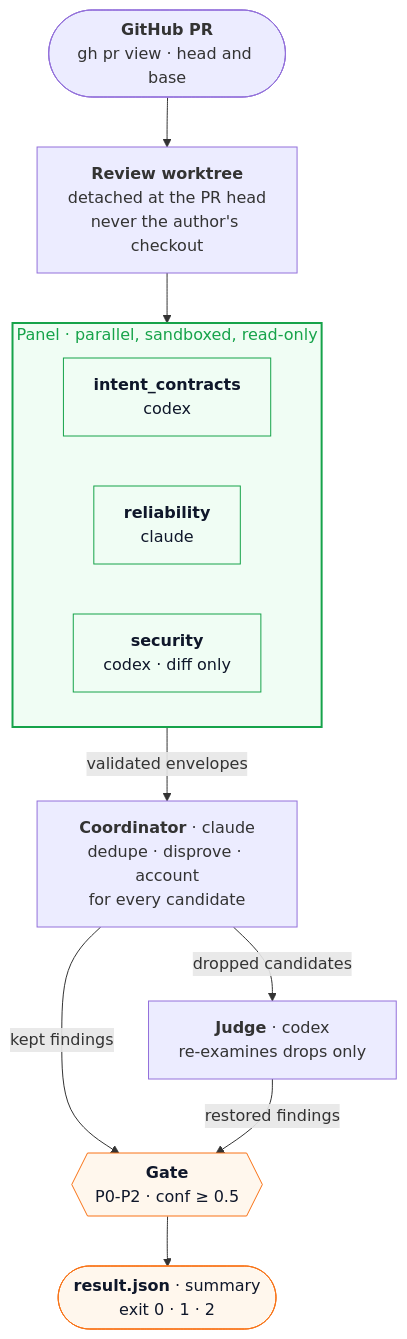
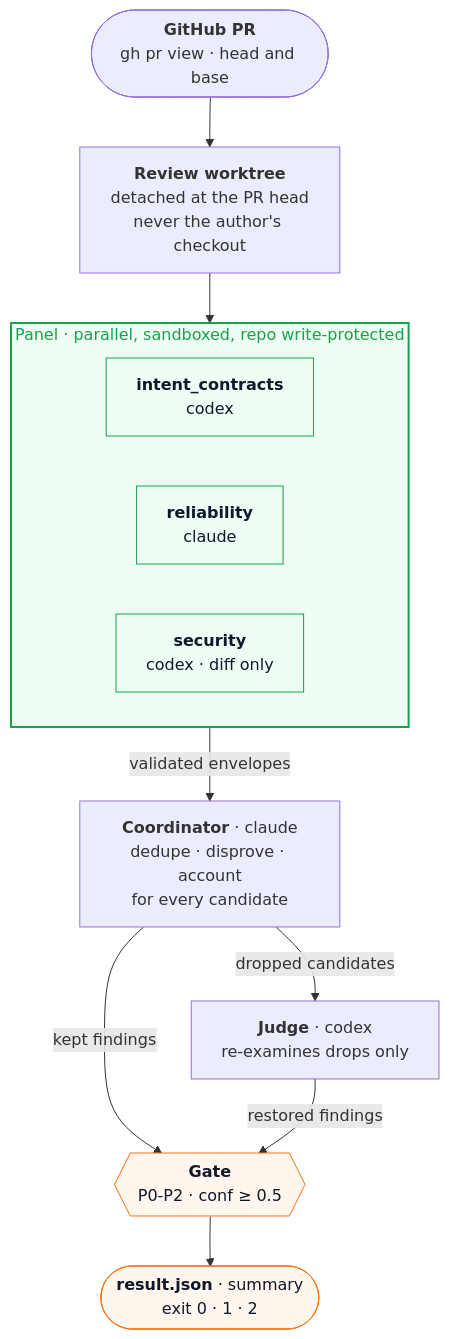
The diagram in README.md (decadance-dance/rreview), drawn with Mermaid before and after one commit. The commit also changed other lines of this file, not shown here.

````diff
--- a/README.md
+++ b/README.md
@@ -135,30 +146,30 @@
 ```mermaid
 flowchart TB
     pr(["<b>GitHub PR</b><br/>gh pr view · head and base"])
     wt["<b>Review worktree</b><br/>detached at the PR head<br/>never the author's checkout"]
 
-    subgraph panel["Panel · parallel, sandboxed, read-only"]
+    subgraph panel["Panel · parallel, sandboxed, repo write-protected"]
         direction LR
         intent["<b>intent_contracts</b><br/>codex"]
         rel["<b>reliability</b><br/>claude"]
         sec["<b>security</b><br/>codex · diff only"]
     end
 
     coord["<b>Coordinator</b> · claude<br/>dedupe · disprove · account<br/>for every candidate"]
     judge["<b>Judge</b> · codex<br/>re-examines drops only"]
     gate{{"<b>Gate</b><br/>P0-P2 · conf ≥ 0.5"}}
     out(["<b>result.json</b> · summary<br/>exit 0 · 1 · 2"])
 
     pr --> wt --> panel
     panel -- "validated envelopes" --> coord
     coord -- "dropped candidates" --> judge
     coord -- "kept findings" --> gate
     judge -- "restored findings" --> gate
     gate --> out
 
     classDef accent fill:#f0fdf4,stroke:#16a34a,color:#0f172a
     classDef verdict fill:#fff7ed,stroke:#f97316,color:#0f172a
     class intent,rel,sec accent
     class gate,out verdict
     style panel fill:#f0fdf4,stroke:#16a34a,stroke-width:2px,color:#16a34a
 ```
````
